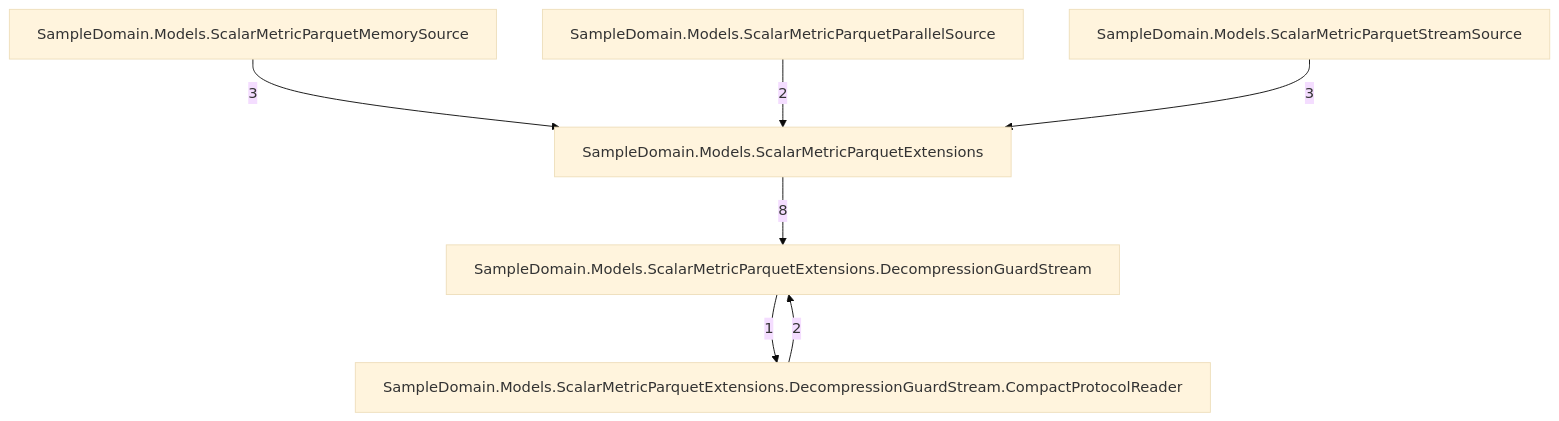
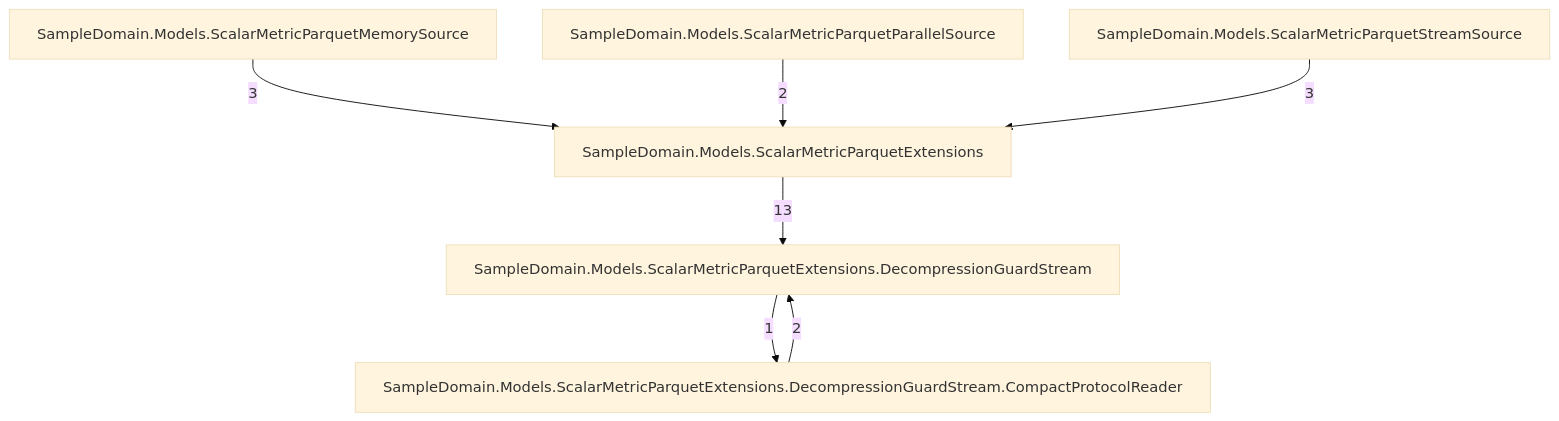
The sixth of 7 diagrams in docs/callgraph-generated.md (rtkelly13/Parquet.SourceGenerator), drawn with Mermaid (base theme) before and after one commit. The commit also changed other lines of this file and 33 other files, not shown here.

````diff
--- a/docs/callgraph-generated.md
+++ b/docs/callgraph-generated.md
@@ -98,15 +98,15 @@
 ```mermaid
 graph TD
     tsampledomainmodelsscalarmetricparquetextensions_049["SampleDomain.Models.ScalarMetricParquetExtensions"]
     tsampledomainmodelsscalarmetricparquetextensionsdecompressionguardstream_074["SampleDomain.Models.ScalarMetricParquetExtensions.DecompressionGuardStream"]
     tsampledomainmodelsscalarmetricparquetextensionsdecompressionguardstreamcompactprotocolreader_096["SampleDomain.Models.ScalarMetricParquetExtensions.DecompressionGuardStream.CompactProtocolReader"]
     tsampledomainmodelsscalarmetricparquetmemorysource_051["SampleDomain.Models.ScalarMetricParquetMemorySource"]
     tsampledomainmodelsscalarmetricparquetparallelsource_053["SampleDomain.Models.ScalarMetricParquetParallelSource"]
     tsampledomainmodelsscalarmetricparquetstreamsource_051["SampleDomain.Models.ScalarMetricParquetStreamSource"]
     tsampledomainmodelsscalarmetricparquetextensionsdecompressionguardstreamcompactprotocolreader_096 -->|2| tsampledomainmodelsscalarmetricparquetextensionsdecompressionguardstream_074
     tsampledomainmodelsscalarmetricparquetextensionsdecompressionguardstream_074 -->|1| tsampledomainmodelsscalarmetricparquetextensionsdecompressionguardstreamcompactprotocolreader_096
-    tsampledomainmodelsscalarmetricparquetextensions_049 -->|8| tsampledomainmodelsscalarmetricparquetextensionsdecompressionguardstream_074
+    tsampledomainmodelsscalarmetricparquetextensions_049 -->|13| tsampledomainmodelsscalarmetricparquetextensionsdecompressionguardstream_074
     tsampledomainmodelsscalarmetricparquetmemorysource_051 -->|3| tsampledomainmodelsscalarmetricparquetextensions_049
     tsampledomainmodelsscalarmetricparquetparallelsource_053 -->|2| tsampledomainmodelsscalarmetricparquetextensions_049
     tsampledomainmodelsscalarmetricparquetstreamsource_051 -->|3| tsampledomainmodelsscalarmetricparquetextensions_049
 ```
````
